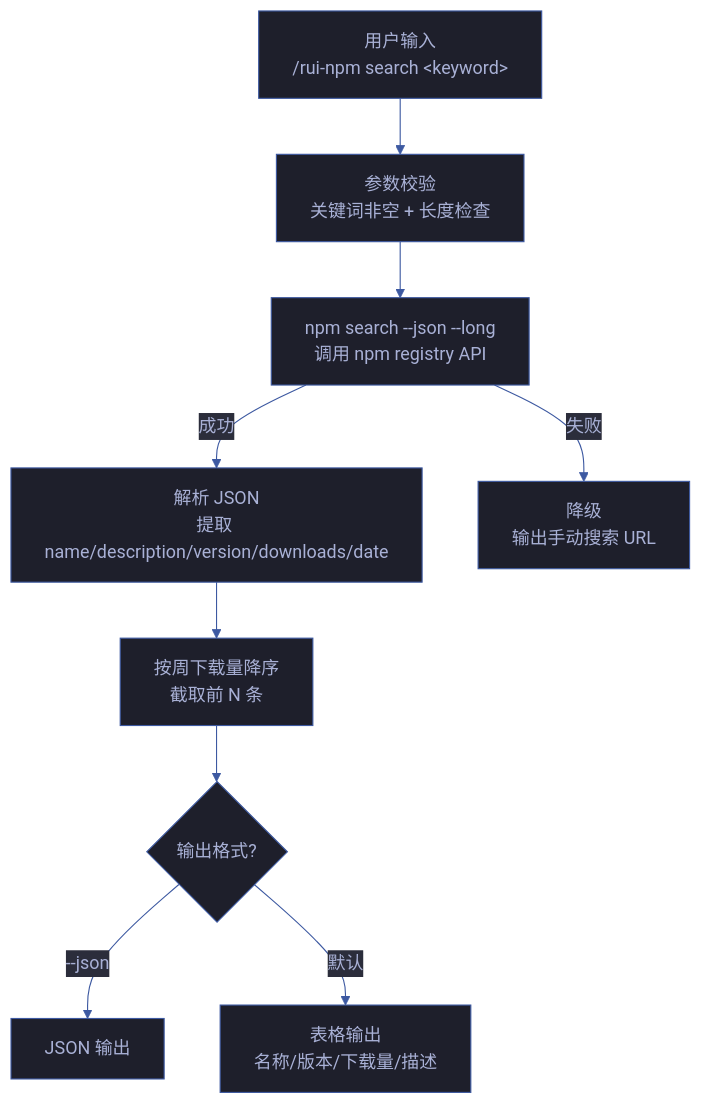
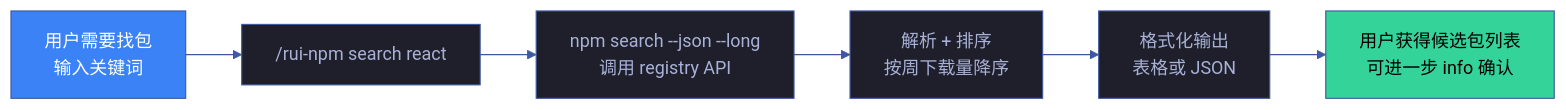
One commit to effiy/YrY changed the first of 3 diagrams in docs/故事任务面板/rui-npm/场景-1-包搜索与发现/场景-1-包搜索与发现.md. Above: the diagram before and after it, drawn with Mermaid. The commit also changed other lines of this file and 49 other files, not shown here.

````diff
--- a/docs/故事任务面板/rui-npm/场景-1-包搜索与发现/场景-1-包搜索与发现.md
+++ b/docs/故事任务面板/rui-npm/场景-1-包搜索与发现/场景-1-包搜索与发现.md
@@ -9,20 +37,19 @@
 ```mermaid
 %%{init: {'theme': 'base', 'themeVariables': {
   'primaryColor': '#1e1f2b',
   'primaryTextColor': '#a9b1d6',
   'primaryBorderColor': '#3d59a1',
   'lineColor': '#3d59a1',
   'secondaryColor': '#2b2d3b',
   'tertiaryColor': '#21232f'
 }}}%%
-flowchart TD
-    INPUT["用户输入<br/>/rui-npm search &lt;keyword&gt;"]:::src
-    INPUT --> VALIDATE["参数校验<br/>关键词非空 + 长度检查"]:::check
-    VALIDATE --> SEARCH["npm search --json --long<br/>调用 npm registry API"]:::action
-    SEARCH -->|"成功"| PARSE["解析 JSON<br/>提取 name/description/version/downloads/date"]:::parse
-    SEARCH -->|"失败"| ERROR["降级<br/>输出手动搜索 URL"]:::error
-    PARSE --> SORT["按周下载量降序<br/>截取前 N 条"]:::action
-    SORT --> FORMAT{"输出格式?"}
-    FORMAT -->|"--json"| JSON_OUT["JSON 输出"]:::out
-    FORMAT -->|"默认"| TABLE["表格输出<br/>名称/版本/下载量/描述"]:::out
+flowchart LR
+    Q["用户需要找包<br/>输入关键词"]:::user --> S1["/rui-npm search react"]
+    S1 --> S2["npm search --json --long<br/>调用 registry API"]
+    S2 --> S3["解析 + 排序<br/>按周下载量降序"]
+    S3 --> S4["格式化输出<br/>表格或 JSON"]
+    S4 --> R["用户获得候选包列表<br/>可进一步 info 确认"]:::done
+
+    classDef user fill:#3B82F6,color:#fff
+    classDef done fill:#34d399,color:#000
 ```
````
